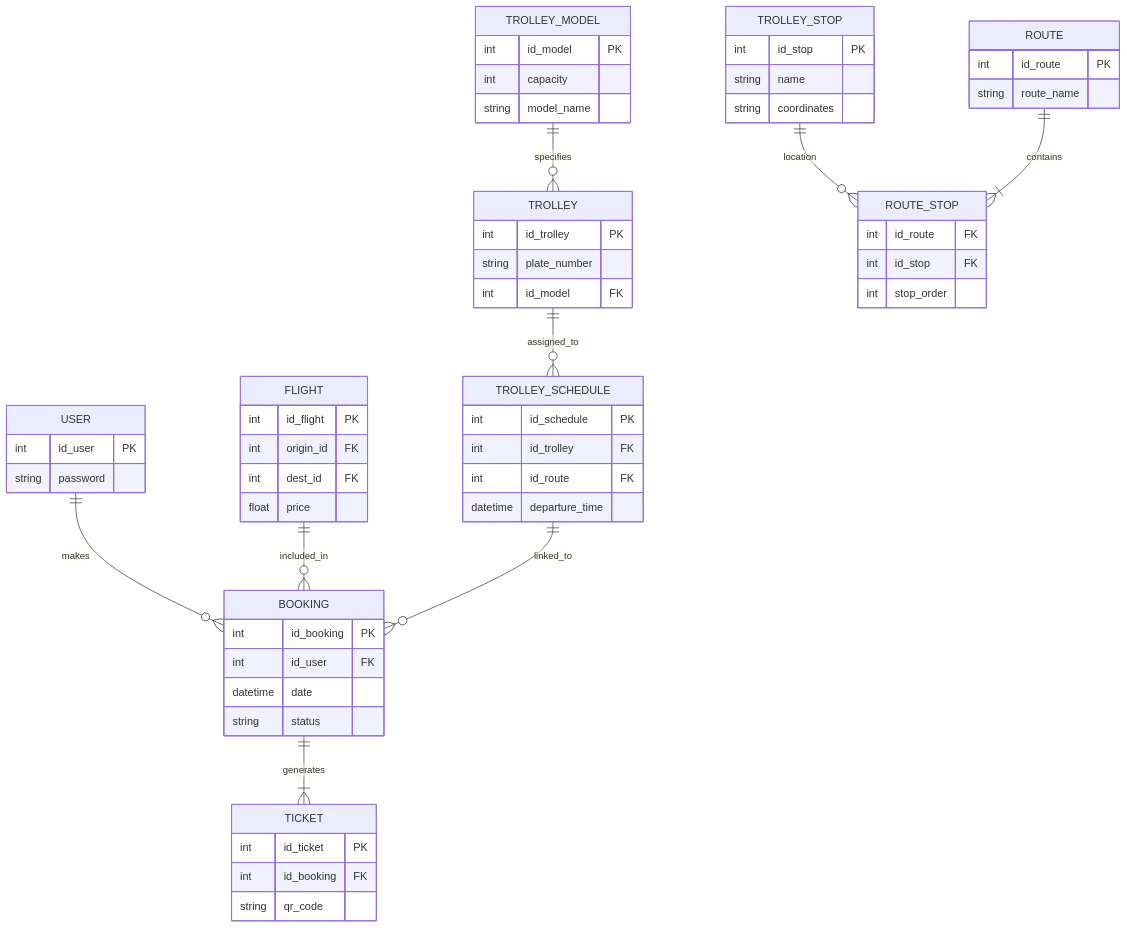
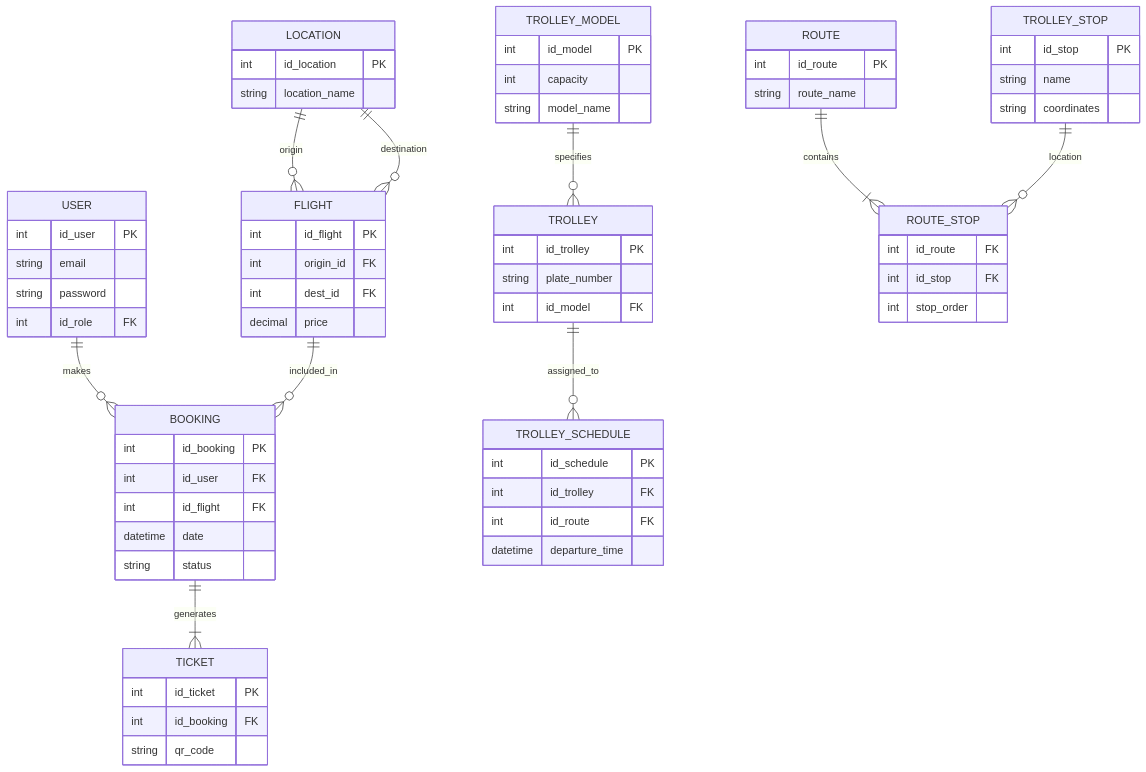
The diagram in docs/normalization_report.mmd (daniellopezcabrera/cbtis47-db-turismo-2026), drawn with Mermaid before and after one commit.

```diff
--- a/docs/normalization_report.mmd
+++ b/docs/normalization_report.mmd
@@ -1,69 +1,87 @@
 erDiagram
+
     USER ||--o{ BOOKING : makes
+
     USER {
         int id_user PK
+        string email
         string password
+        int id_role FK
+    }
+
+    LOCATION ||--o{ FLIGHT : origin
+    LOCATION ||--o{ FLIGHT : destination
+
+    LOCATION {
+        int id_location PK
+        string location_name
     }
 
     FLIGHT ||--o{ BOOKING : included_in
+
     FLIGHT {
         int id_flight PK
         int origin_id FK
         int dest_id FK
-        float price
+        decimal price
     }
 
     BOOKING ||--|{ TICKET : generates
+
     BOOKING {
         int id_booking PK
         int id_user FK
+        int id_flight FK
         datetime date
         string status
     }
 
     TICKET {
         int id_ticket PK
         int id_booking FK
         string qr_code
     }
 
+    TROLLEY_MODEL ||--o{ TROLLEY : specifies
+
+    TROLLEY_MODEL {
+        int id_model PK
+        int capacity
+        string model_name
+    }
+
     TROLLEY ||--o{ TROLLEY_SCHEDULE : assigned_to
+
     TROLLEY {
         int id_trolley PK
         string plate_number
         int id_model FK
     }
 
-    TROLLEY_MODEL ||--o{ TROLLEY : specifies
-    TROLLEY_MODEL {
-        int id_model PK
-        int capacity
-        string model_name
+    ROUTE ||--|{ ROUTE_STOP : contains
+
+    ROUTE {
+        int id_route PK
+        string route_name
     }
 
     TROLLEY_STOP ||--o{ ROUTE_STOP : location
+
     TROLLEY_STOP {
         int id_stop PK
         string name
         string coordinates
-    }
-
-    ROUTE ||--|{ ROUTE_STOP : contains
-    ROUTE {
-        int id_route PK
-        string route_name
     }
 
     ROUTE_STOP {
         int id_route FK
         int id_stop FK
         int stop_order
     }
 
-    TROLLEY_SCHEDULE ||--o{ BOOKING : linked_to
     TROLLEY_SCHEDULE {
         int id_schedule PK
         int id_trolley FK
         int id_route FK
         datetime departure_time
     }
```
